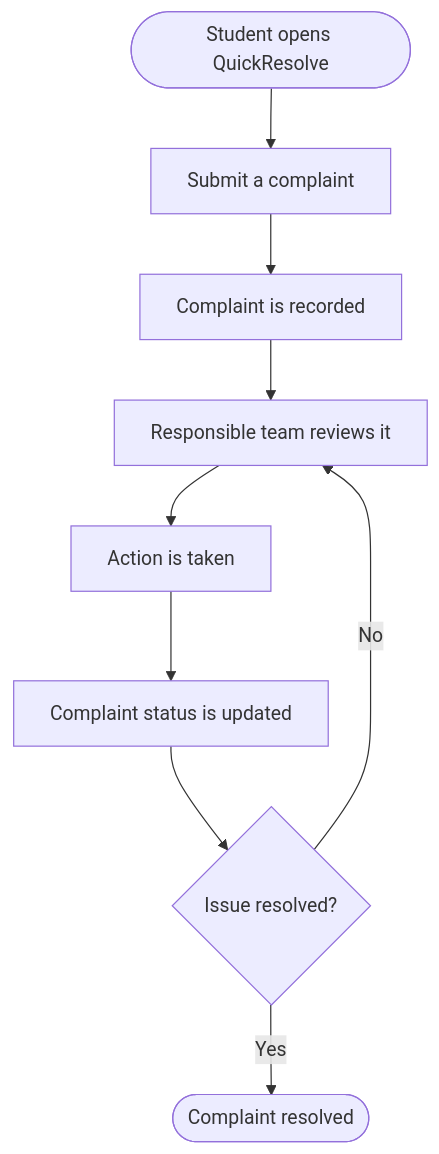
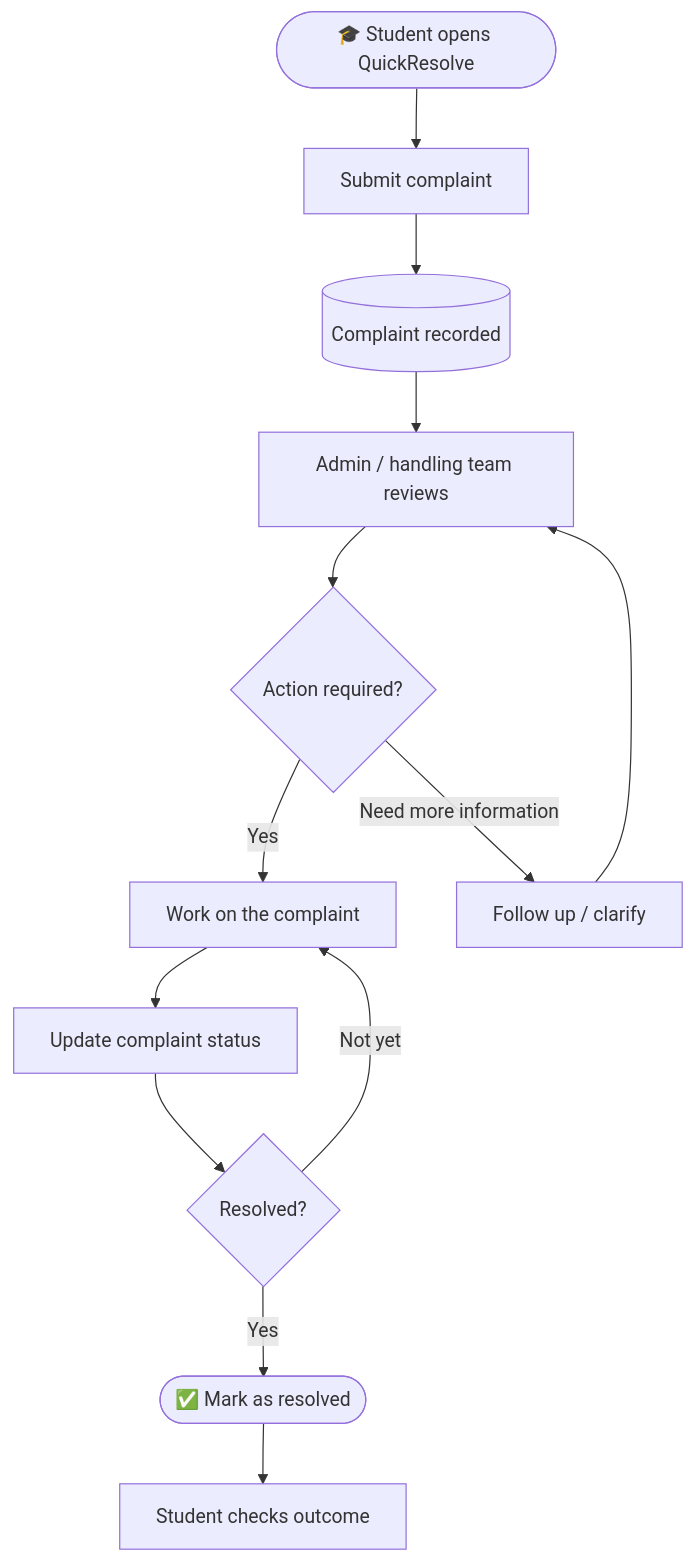
One commit to ayushriva123-boop/QuickResolve changed the first of 4 diagrams in README.md. Above: the diagram before and after it, drawn with Mermaid. The commit also changed other lines of this file, not shown here.

````diff
--- a/README.md
+++ b/README.md
@@ -62,11 +53,15 @@
 ```mermaid
 flowchart TD
-    A([Student opens QuickResolve]) --> B[Submit a complaint]
-    B --> C[Complaint is recorded]
-    C --> D[Responsible team reviews it]
-    D --> E[Action is taken]
-    E --> F[Complaint status is updated]
-    F --> G{Issue resolved?}
-    G -- No --> D
-    G -- Yes --> H([Complaint resolved])
+    A([🎓 Student opens QuickResolve]) --> B[Submit complaint]
+    B --> C[(Complaint recorded)]
+    C --> D[Admin / handling team reviews]
+    D --> E{Action required?}
+    E -- Yes --> F[Work on the complaint]
+    F --> G[Update complaint status]
+    G --> H{Resolved?}
+    H -- Not yet --> F
+    H -- Yes --> I([✅ Mark as resolved])
+    E -- Need more information --> J[Follow up / clarify]
+    J --> D
+    I --> K[Student checks outcome]
 ```
````
